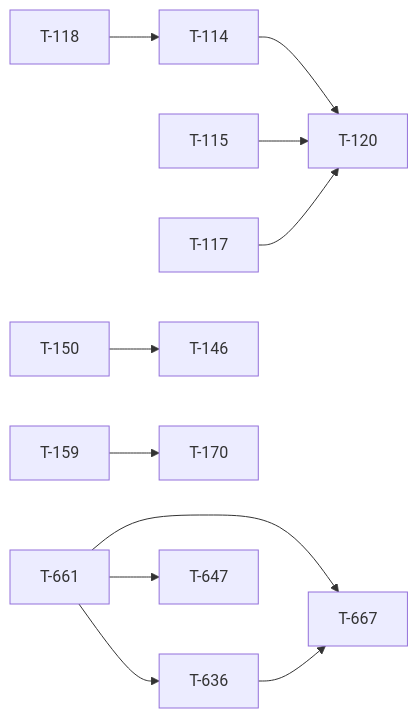
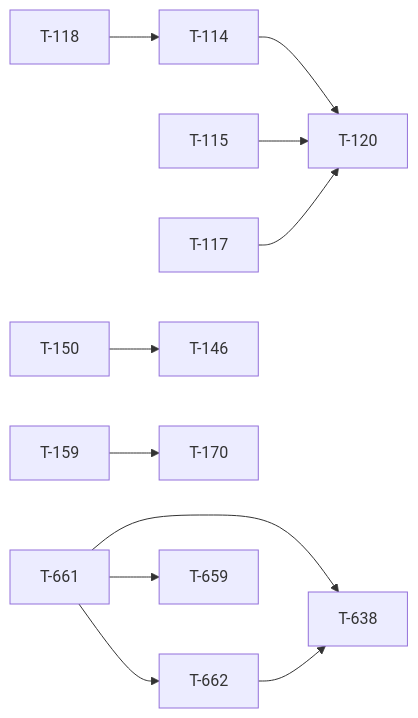
Before and after one commit to darkforce09/TBD-reforger: the diagram in docs/TICKET_LEAD.md, drawn with Mermaid. The commit also changed other lines of this file and 8 other files, not shown here.

````diff
--- a/docs/TICKET_LEAD.md
+++ b/docs/TICKET_LEAD.md
@@ -28,13 +28,13 @@
 ```mermaid
 flowchart LR
   T118[T-118] --> T114[T-114]
   T114[T-114] --> T120[T-120]
   T115[T-115] --> T120[T-120]
   T117[T-117] --> T120[T-120]
   T150[T-150] --> T146[T-146]
   T159[T-159] --> T170[T-170]
-  T661[T-661] --> T636[T-636]
-  T661[T-661] --> T647[T-647]
-  T661[T-661] --> T667[T-667]
-  T636[T-636] --> T667[T-667]
+  T661[T-661] --> T662[T-662]
+  T661[T-661] --> T638[T-638]
+  T662[T-662] --> T638[T-638]
+  T661[T-661] --> T659[T-659]
 ```
````
